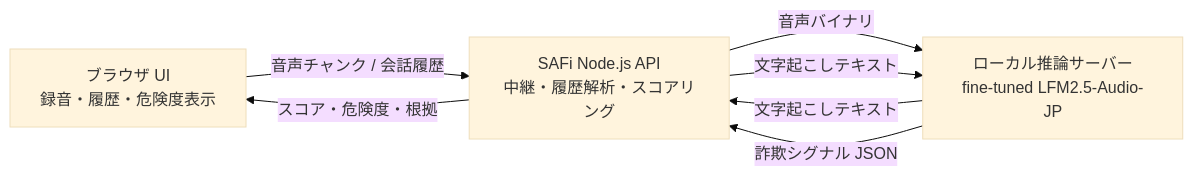
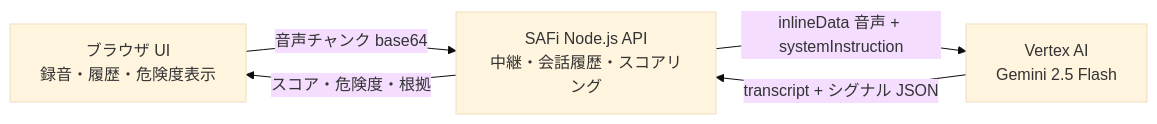
One commit to NarumiKomaba/LiquidAI_hackathon2026 changed the second of 2 diagrams in README.md. Above: the diagram before and after it, drawn with Mermaid (base theme). The commit also changed other lines of this file and 33 other files, not shown here.

````diff
--- a/README.md
+++ b/README.md
@@ -28,13 +29,11 @@
 ```mermaid
 flowchart LR
   browser[ブラウザ UI<br/>録音・履歴・危険度表示]
-  node[SAFi Node.js API<br/>中継・履歴解析・スコアリング]
-  local[ローカル推論サーバー<br/>fine-tuned LFM2.5-Audio-JP]
+  node[SAFi Node.js API<br/>中継・会話履歴・スコアリング]
+  vertex[Vertex AI<br/>Gemini 2.5 Flash]
 
-  browser -->|音声チャンク / 会話履歴| node
-  node -->|音声バイナリ| local
-  local -->|文字起こしテキスト| node
-  node -->|文字起こしテキスト| local
-  local -->|詐欺シグナル JSON| node
+  browser -->|音声チャンク base64| node
+  node -->|inlineData 音声 + systemInstruction| vertex
+  vertex -->|transcript + シグナル JSON| node
   node -->|スコア・危険度・根拠| browser
 ```
````
